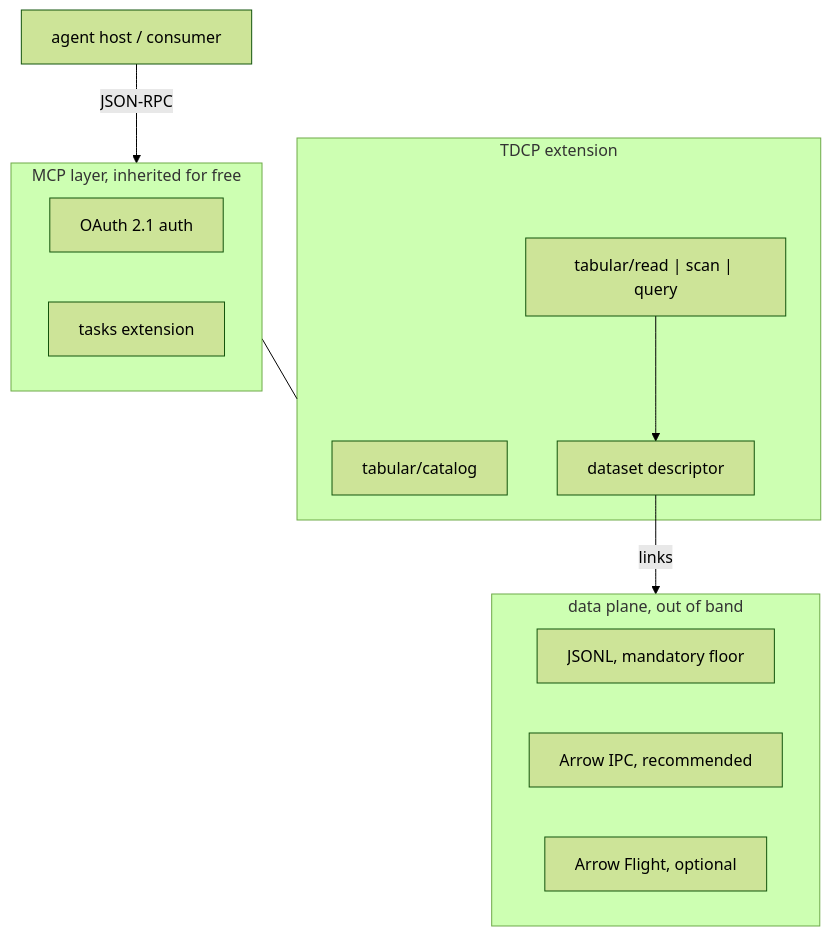
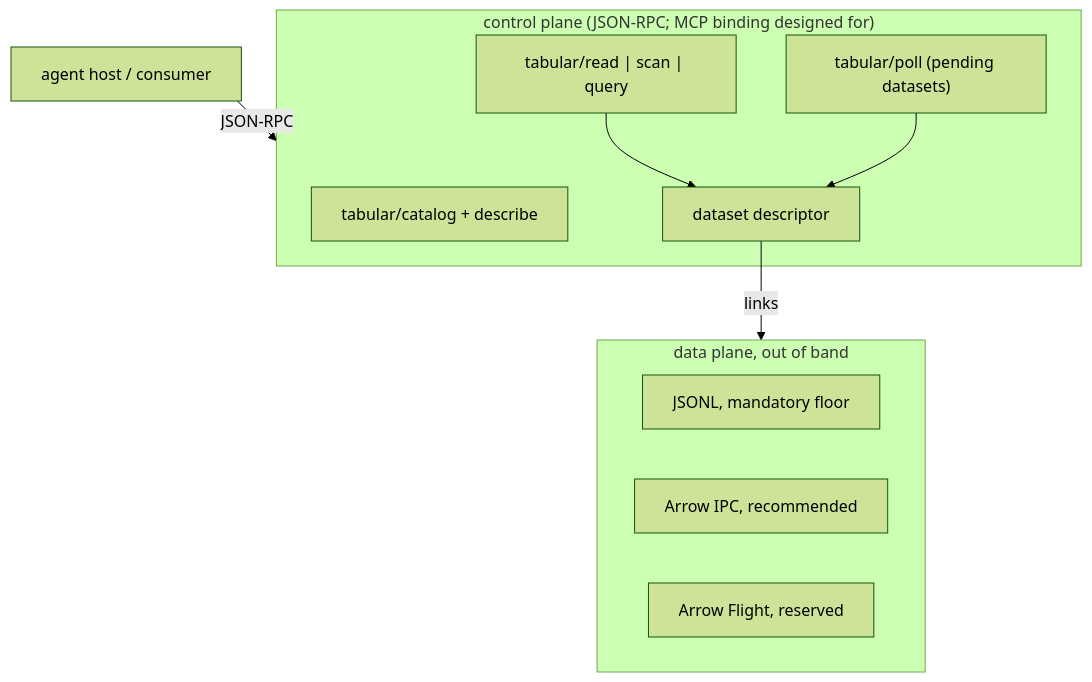
Before and after one commit to lightdash/lightdash: the first of 2 diagrams in docs/tdcp-tabular-data-context-protocol.md, drawn with Mermaid (forest theme). The commit also changed other lines of this file and 13 other files, not shown here.

````diff
--- a/docs/tdcp-tabular-data-context-protocol.md
+++ b/docs/tdcp-tabular-data-context-protocol.md
@@ -13,22 +13,19 @@
 ```mermaid
 flowchart TB
     HOST["agent host / consumer"]
-    subgraph MCPL["MCP layer, inherited for free"]
-        AUTH["OAuth 2.1 auth"]
-        TASK["tasks extension"]
-    end
-    subgraph TD["TDCP extension"]
-        CAT["tabular/catalog"]
+    subgraph CPL["control plane (JSON-RPC; MCP binding designed for)"]
+        CAT["tabular/catalog + describe"]
         QRY["tabular/read | scan | query"]
+        PLL["tabular/poll (pending datasets)"]
         DESC["dataset descriptor"]
     end
     subgraph DPL["data plane, out of band"]
         J["JSONL, mandatory floor"]
         A["Arrow IPC, recommended"]
-        F["Arrow Flight, optional"]
+        F["Arrow Flight, reserved"]
     end
-    HOST -->|"JSON-RPC"| MCPL
-    MCPL --- TD
+    HOST -->|"JSON-RPC"| CPL
     QRY --> DESC
+    PLL --> DESC
     DESC -->|"links"| DPL
 ```
````
